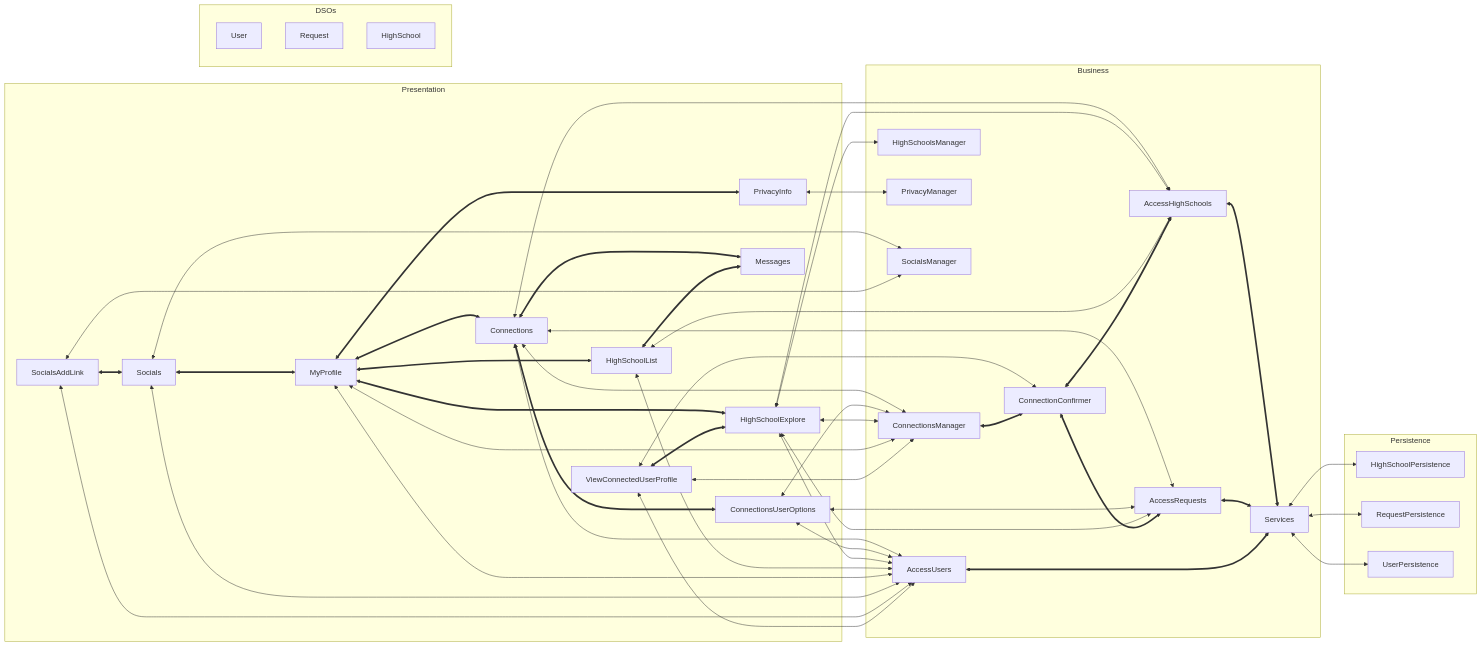
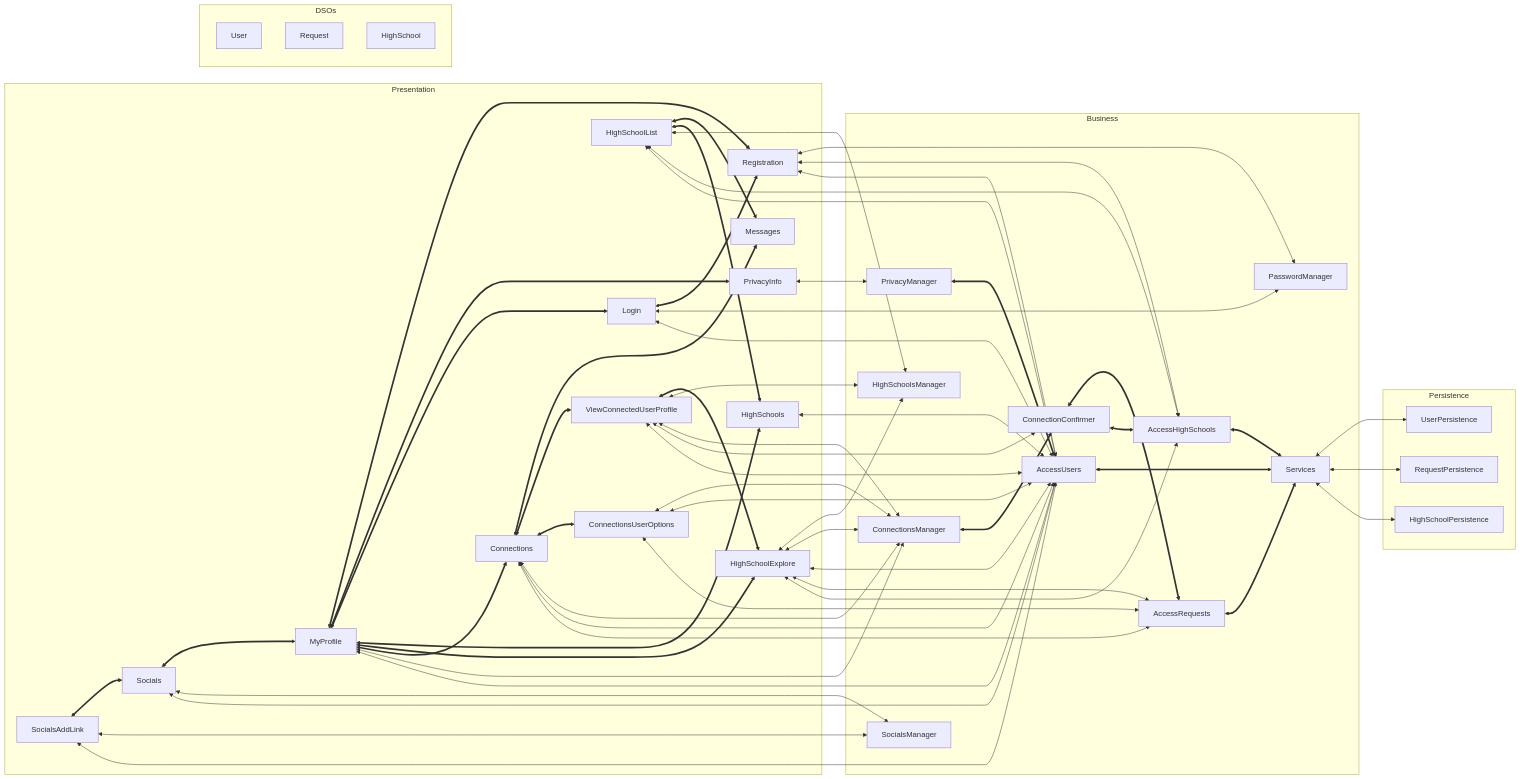
One commit to khaledElgohary/high-school-hub changed the diagram in docs/ARCHITECTURE.md. Above: the diagram before and after it, drawn with Mermaid.

Commit message:
Update Mermaid

````diff
--- a/docs/ARCHITECTURE.md
+++ b/docs/ARCHITECTURE.md
@@ -4,55 +4,66 @@
 ```mermaid
 %% Note: In case the diagram is not rendering properly, a backup can be found at https://code.cs.umanitoba.ca/3350-summer2023/highschool-hub/-/blob/main/docs/mermaid-diagram-backup.png.
 
   flowchart LR
     %% Links between nodes of different subgraphs
-    Connections <--> AccessHighSchools & AccessRequests & AccessUsers & ConnectionsManager
-    ConnectionsUserOptions <--> AccessRequests & AccessUsers & ConnectionsManager
+    Connections <--> AccessRequests & AccessUsers & ConnectionsManager
+    ConnectionsUserOptions <-----> AccessRequests & AccessUsers
+    ConnectionsUserOptions <---> ConnectionsManager
     HighSchoolExplore <--> AccessHighSchools & AccessRequests & AccessUsers
     HighSchoolExplore <--> ConnectionsManager & HighSchoolsManager
-    HighSchoolList <--> AccessUsers & AccessHighSchools
+    HighSchoolList <--> AccessUsers & AccessHighSchools & HighSchoolsManager
+    HighSchools <----> AccessUsers
+    Login <--> AccessUsers & PasswordManager
     MyProfile <--> AccessUsers & ConnectionsManager
     PrivacyInfo <--> PrivacyManager
+    Registration <---> AccessUsers & AccessHighSchools & PasswordManager
     Socials <--> AccessUsers & SocialsManager
     SocialsAddLink <--> AccessUsers & SocialsManager
-    ViewConnectedUserProfile <--> AccessUsers & ConnectionConfirmer & ConnectionsManager
+    ViewConnectedUserProfile <--> AccessUsers & ConnectionConfirmer & ConnectionsManager & HighSchoolsManager
 
     Services <--> HighSchoolPersistence & RequestPersistence & UserPersistence
 
     subgraph Presentation
-    Connections <===> ConnectionsUserOptions
+    Connections <==> ConnectionsUserOptions
+    Connections <==> ViewConnectedUserProfile
+    HighSchoolList <==> HighSchools
+    Login <==> Registration
     MyProfile <==> Connections
     MyProfile <==> HighSchoolExplore
-    MyProfile <==> HighSchoolList
+    MyProfile <==> HighSchools
+    MyProfile <==> Login
     MyProfile <==> PrivacyInfo
+    MyProfile <==> Registration
     Socials <==> MyProfile
     SocialsAddLink <==> Socials
     Connections & HighSchoolList <==> Messages
     ViewConnectedUserProfile <==> HighSchoolExplore
     end
 
     subgraph Business
     AccessHighSchools & AccessRequests & AccessUsers <==> Services
     ConnectionConfirmer <==> AccessHighSchools & AccessRequests
-    ConnectionsManager <==> ConnectionConfirmer
+    ConnectionsManager <===> ConnectionConfirmer
     HighSchoolsManager
-    PrivacyManager
+    PasswordManager
+    PrivacyManager <==> AccessUsers
     SocialsManager
     end
 
     subgraph Persistence
     HighSchoolPersistence
     RequestPersistence
     UserPersistence
     end
 
     subgraph DSOs
     User
     Request
     HighSchool
     end
 
     %% Invisible link(s) to keep graphs together
     DSOs ~~~ Presentation
+    AccessHighSchools ~~~ PasswordManager
 
 ```
````
